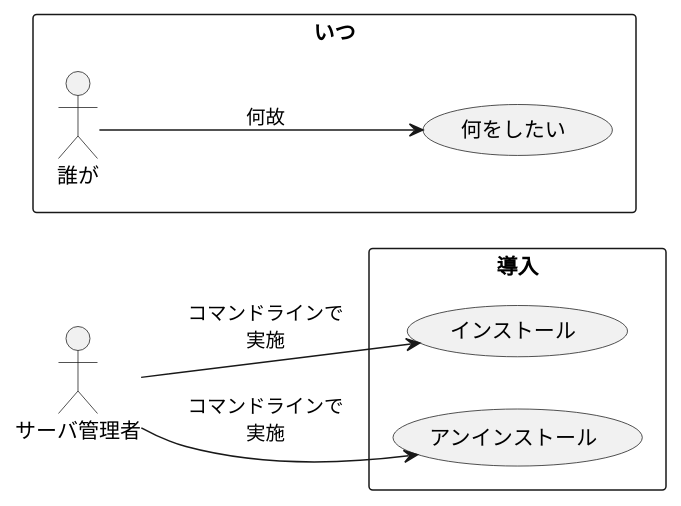
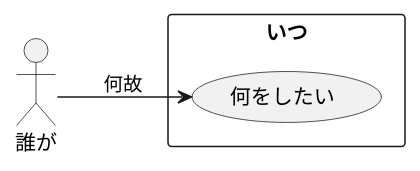
The diagram in site/content/ja/docs/Appendix/uml/usecase/install/usecases.puml (peregrin8alde/learn-ossdb-gold), drawn with PlantUML before and after one commit. The commit also changed 1 other file, not shown here.

```diff
--- a/site/content/ja/docs/Appendix/uml/usecase/install/usecases.puml
+++ b/site/content/ja/docs/Appendix/uml/usecase/install/usecases.puml
@@ -1,22 +1,33 @@
 @startuml
 left to right direction
 
 /'
+actor "誰が" as who
+
 rectangle "いつ" {
-  :誰が: --> (何をしたい) : 何故
+  usecase "何をしたい" as UC1
 }
+who --> (UC1) : 何故
 '/
 
+actor "誰が" as who
+
 rectangle "いつ" {
-  :誰が: --> (何をしたい) : 何故
+  usecase "何をしたい" as UC1
 }
+who --> (UC1) : 何故
 
+
+
+/'
 actor "サーバ管理者" as admin
 
 rectangle "導入" {
   usecase "インストール" as UC1
   usecase "アンインストール" as UC2
 }
 admin --> (UC1) : コマンドラインで\n実施
 admin --> (UC2) : コマンドラインで\n実施
+'/
+
 @enduml
```
